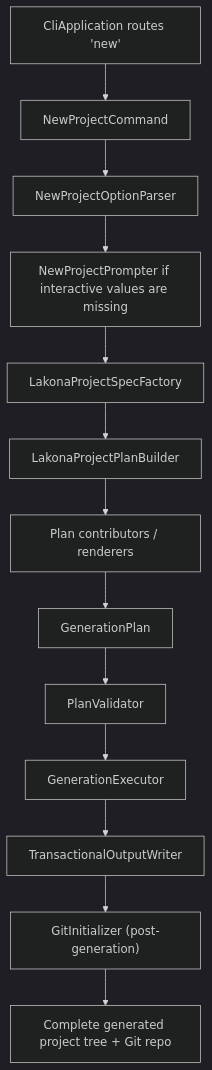
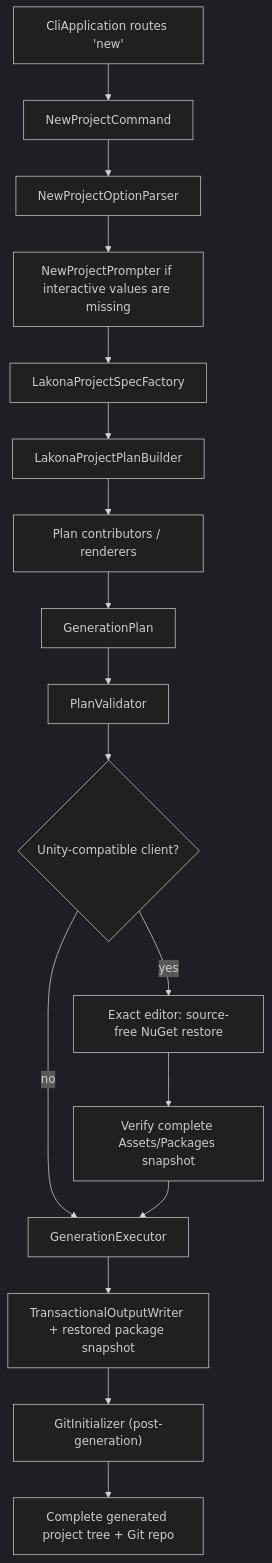
Before and after one commit to bruce48x/Lakona: the diagram in docs/tool/generation-architecture.md, drawn with Mermaid (dark theme). The commit also changed other lines of this file and 1737 other files, not shown here.

Commit message:
Restore Unity dependencies before project generation

````diff
--- a/docs/tool/generation-architecture.md
+++ b/docs/tool/generation-architecture.md
@@ -185,15 +185,19 @@
 ```mermaid
 flowchart TD
     A["CliApplication routes 'new'"] --> B["NewProjectCommand"]
     B --> C["NewProjectOptionParser"]
     C --> D["NewProjectPrompter if interactive values are missing"]
     D --> E["LakonaProjectSpecFactory"]
     E --> F["LakonaProjectPlanBuilder"]
     F --> G["Plan contributors / renderers"]
     G --> H["GenerationPlan"]
     H --> I["PlanValidator"]
-    I --> J["GenerationExecutor"]
-    J --> K["TransactionalOutputWriter"]
+    I --> R{"Unity-compatible client?"}
+    R -->|"yes"| S["Exact editor: source-free NuGet restore"]
+    S --> T["Verify complete Assets/Packages snapshot"]
+    R -->|"no"| J["GenerationExecutor"]
+    T --> J
+    J --> K["TransactionalOutputWriter + restored package snapshot"]
     K --> L["GitInitializer (post-generation)"]
     L --> M["Complete generated project tree + Git repo"]
 ```
````
